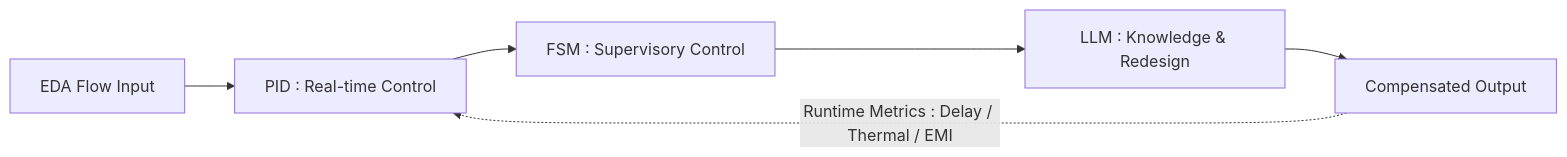
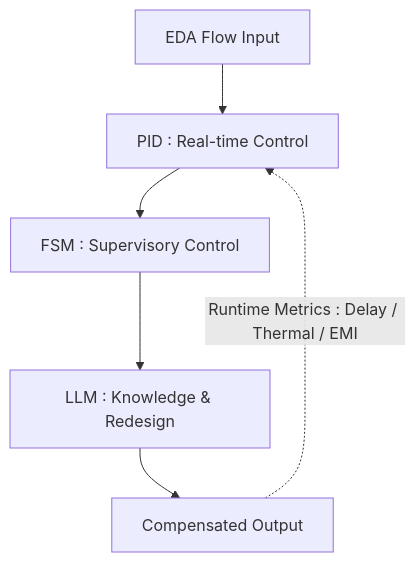
One commit to Samizo-AITL/Edusemi-v4x changed the diagram in f_chapter6_research/README.md. Above: the diagram before and after it, drawn with Mermaid.

````diff
--- a/f_chapter6_research/README.md
+++ b/f_chapter6_research/README.md
@@ -34,10 +34,10 @@
 ```mermaid
-flowchart LR
+flowchart TB
     A[EDA Flow Input] --> B[PID : Real-time Control]
     B --> C[FSM : Supervisory Control]
     C --> D[LLM : Knowledge & Redesign]
     D --> E[Compensated Output]
 
     %% Feedback loop
     E -.->|Runtime Metrics : Delay / Thermal / EMI| B
 ```
````
